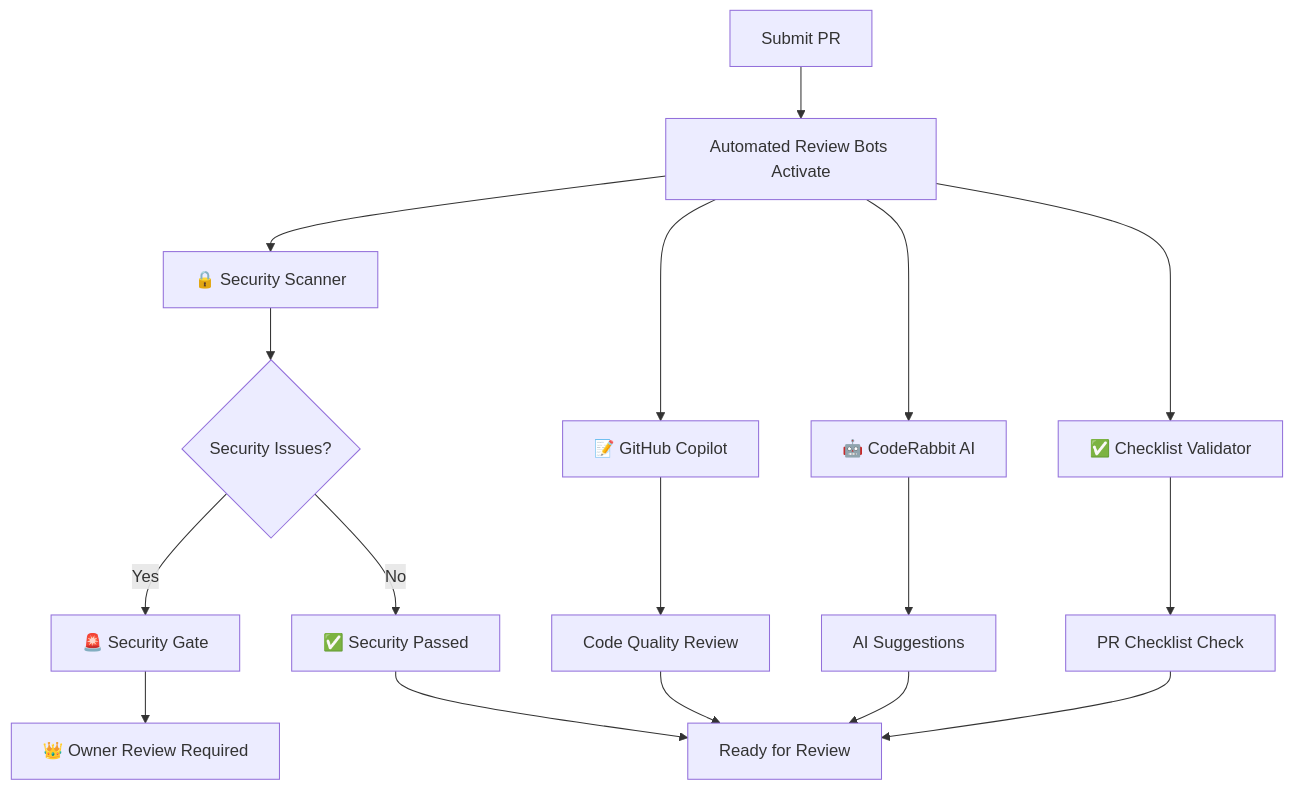
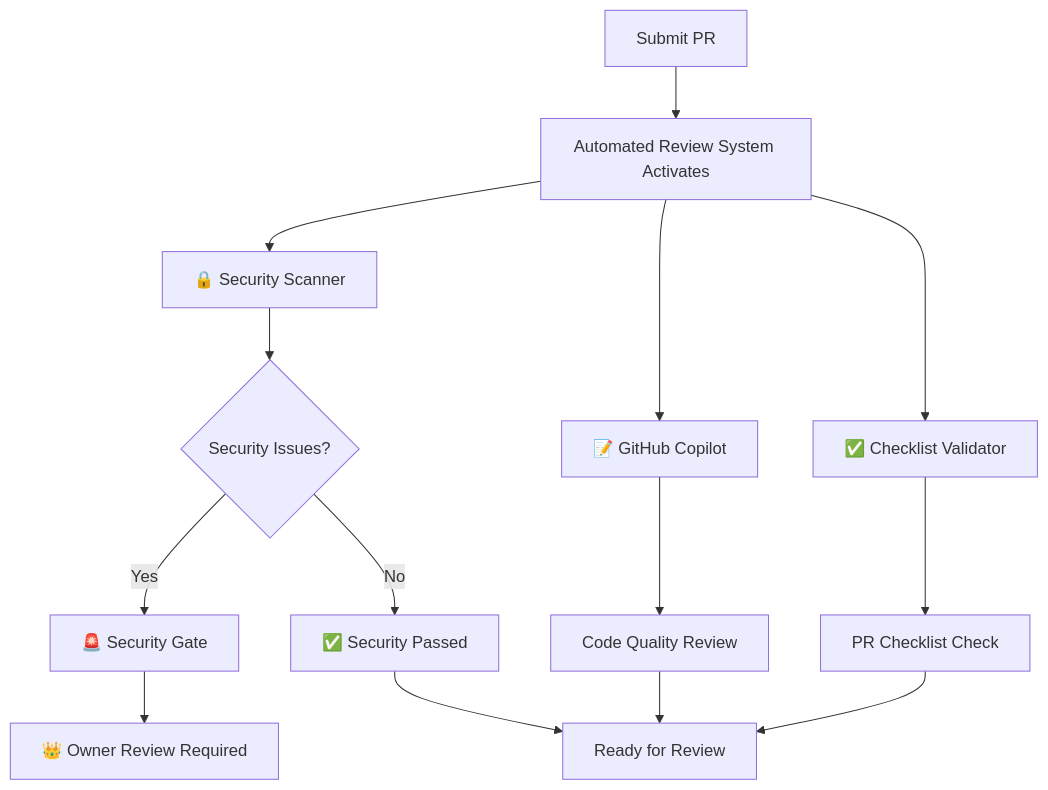
Before and after one commit to hungnguyen18/uzp: the third of 3 diagrams in CONTRIBUTING.md, drawn with Mermaid. The commit also changed other lines of this file and 2 other files, not shown here.

````diff
--- a/CONTRIBUTING.md
+++ b/CONTRIBUTING.md
@@ -132,22 +132,19 @@
 ```mermaid
 graph TD
-    A[Submit PR] --> B[Automated Review Bots Activate]
+    A[Submit PR] --> B[Automated Review System Activates]
     B --> C[🔒 Security Scanner]
     B --> D[📝 GitHub Copilot]
-    B --> E[🤖 CodeRabbit AI]
-    B --> F[✅ Checklist Validator]
+    B --> E[✅ Checklist Validator]
     
-    C --> G{Security Issues?}
-    D --> H[Code Quality Review]
-    E --> I[AI Suggestions]
-    F --> J[PR Checklist Check]
+    C --> F{Security Issues?}
+    D --> G[Code Quality Review]
+    E --> H[PR Checklist Check]
     
-    G -->|Yes| K[🚨 Security Gate]
-    G -->|No| L[✅ Security Passed]
+    F -->|Yes| I[🚨 Security Gate]
+    F -->|No| J[✅ Security Passed]
     
-    K --> M[👑 Owner Review Required]
-    L --> N[Ready for Review]
-    H --> N
-    I --> N
-    J --> N
+    I --> K[👑 Owner Review Required]
+    J --> L[Ready for Review]
+    G --> L
+    H --> L
 ```
````
